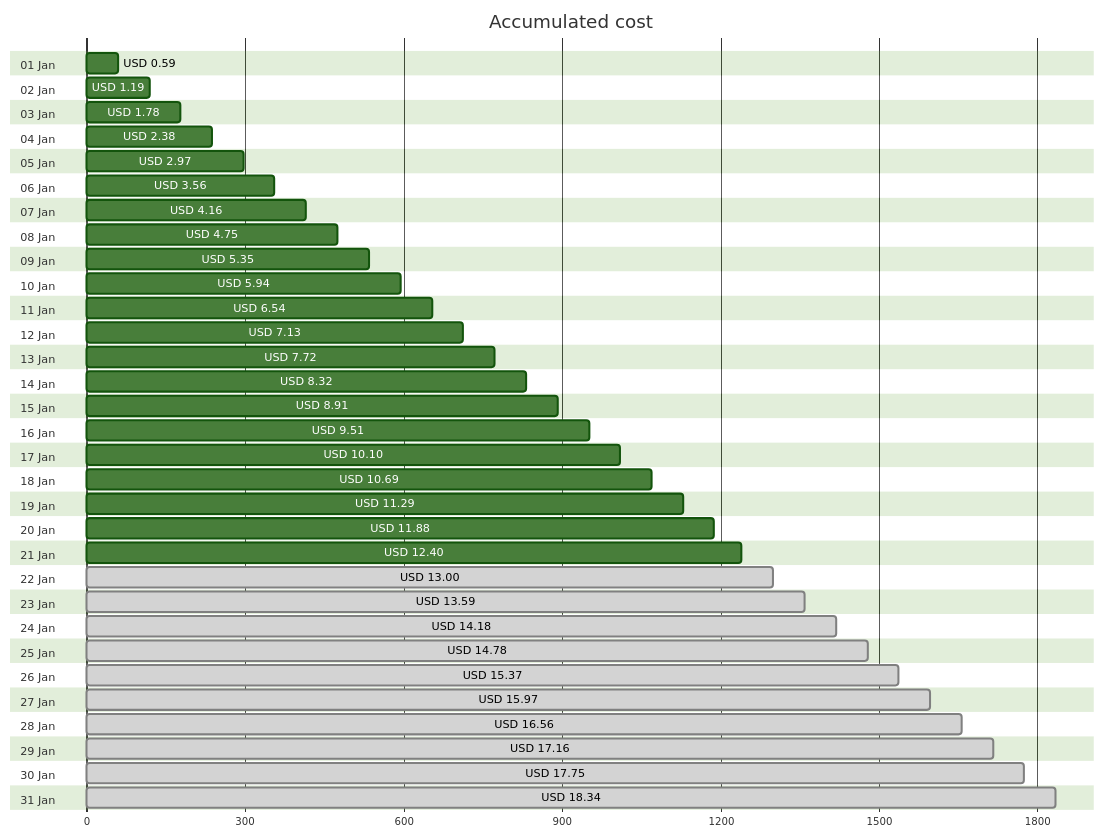
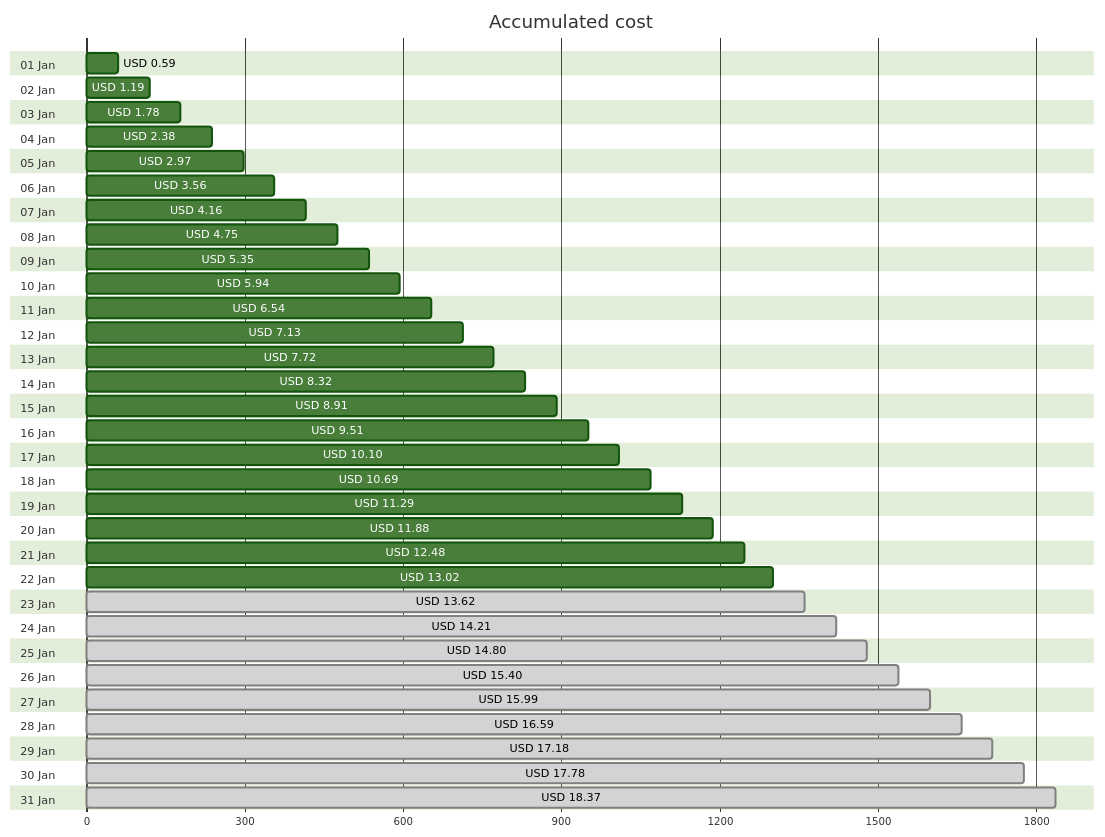
One commit to jpfulton/azure-personal-reports changed the first of 4 diagrams in cost-reports/personal-site/README.md. Above: the diagram before and after it, drawn with Mermaid (forest theme). The commit also changed other lines of this file and 6 other files, not shown here.

````diff
--- a/cost-reports/personal-site/README.md
+++ b/cost-reports/personal-site/README.md
@@ -20,68 +20,68 @@
 ```mermaid
 gantt
    title Accumulated cost
    dateFormat  X
    axisFormat %s
    section 01 Jan
    USD 0.59 :0, 59
    section 02 Jan
    USD 1.19 :0, 119
    section 03 Jan
    USD 1.78 :0, 178
    section 04 Jan
    USD 2.38 :0, 238
    section 05 Jan
    USD 2.97 :0, 297
    section 06 Jan
    USD 3.56 :0, 356
    section 07 Jan
    USD 4.16 :0, 416
    section 08 Jan
    USD 4.75 :0, 475
    section 09 Jan
    USD 5.35 :0, 535
    section 10 Jan
    USD 5.94 :0, 594
    section 11 Jan
    USD 6.54 :0, 654
    section 12 Jan
    USD 7.13 :0, 713
    section 13 Jan
    USD 7.72 :0, 772
    section 14 Jan
    USD 8.32 :0, 832
    section 15 Jan
    USD 8.91 :0, 891
    section 16 Jan
    USD 9.51 :0, 951
    section 17 Jan
    USD 10.10 :0, 1010
    section 18 Jan
    USD 10.69 :0, 1069
    section 19 Jan
    USD 11.29 :0, 1129
    section 20 Jan
    USD 11.88 :0, 1188
    section 21 Jan
-   USD 12.40 :0, 1240
+   USD 12.48 :0, 1248
    section 22 Jan
-   USD 13.00 : done, 0, 1300
+   USD 13.02 :0, 1302
    section 23 Jan
-   USD 13.59 : done, 0, 1359
+   USD 13.62 : done, 0, 1362
    section 24 Jan
-   USD 14.18 : done, 0, 1418
+   USD 14.21 : done, 0, 1421
    section 25 Jan
-   USD 14.78 : done, 0, 1478
+   USD 14.80 : done, 0, 1480
    section 26 Jan
-   USD 15.37 : done, 0, 1537
+   USD 15.40 : done, 0, 1540
    section 27 Jan
-   USD 15.97 : done, 0, 1597
+   USD 15.99 : done, 0, 1599
    section 28 Jan
-   USD 16.56 : done, 0, 1656
+   USD 16.59 : done, 0, 1659
    section 29 Jan
-   USD 17.16 : done, 0, 1716
+   USD 17.18 : done, 0, 1718
    section 30 Jan
-   USD 17.75 : done, 0, 1775
+   USD 17.78 : done, 0, 1778
    section 31 Jan
-   USD 18.34 : done, 0, 1834
+   USD 18.37 : done, 0, 1837
 ```
````
